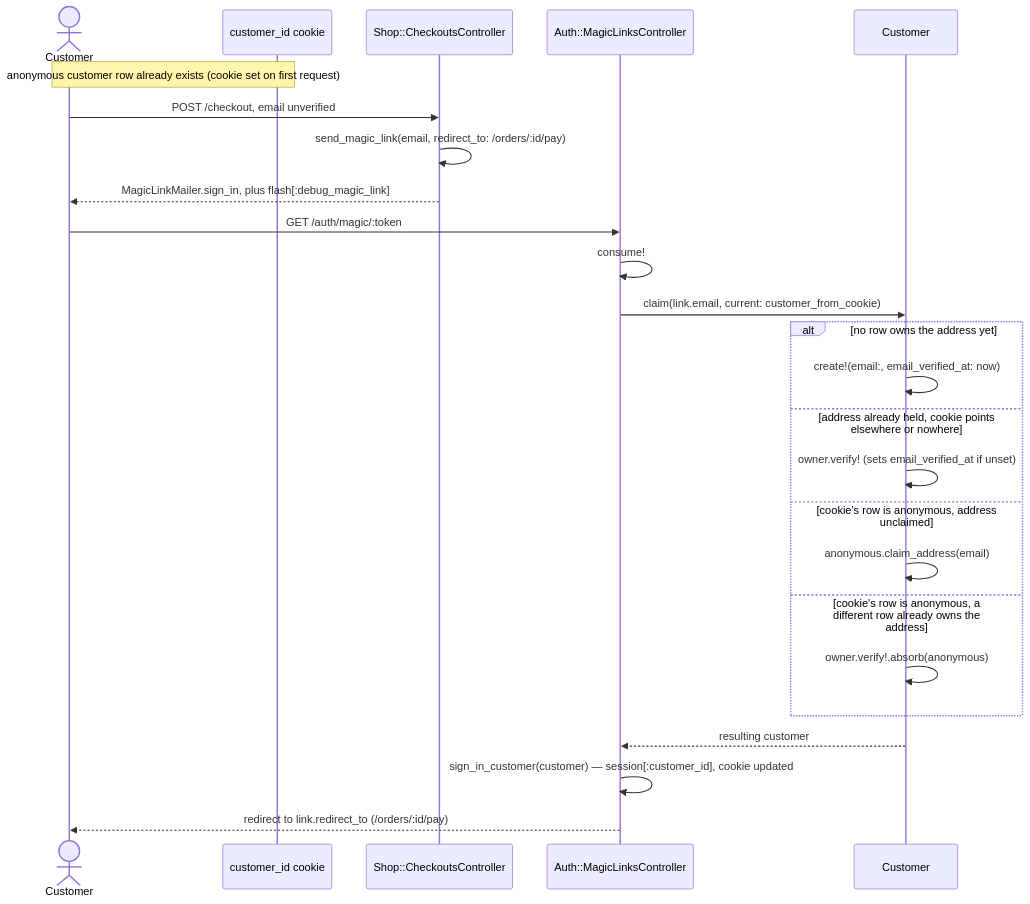
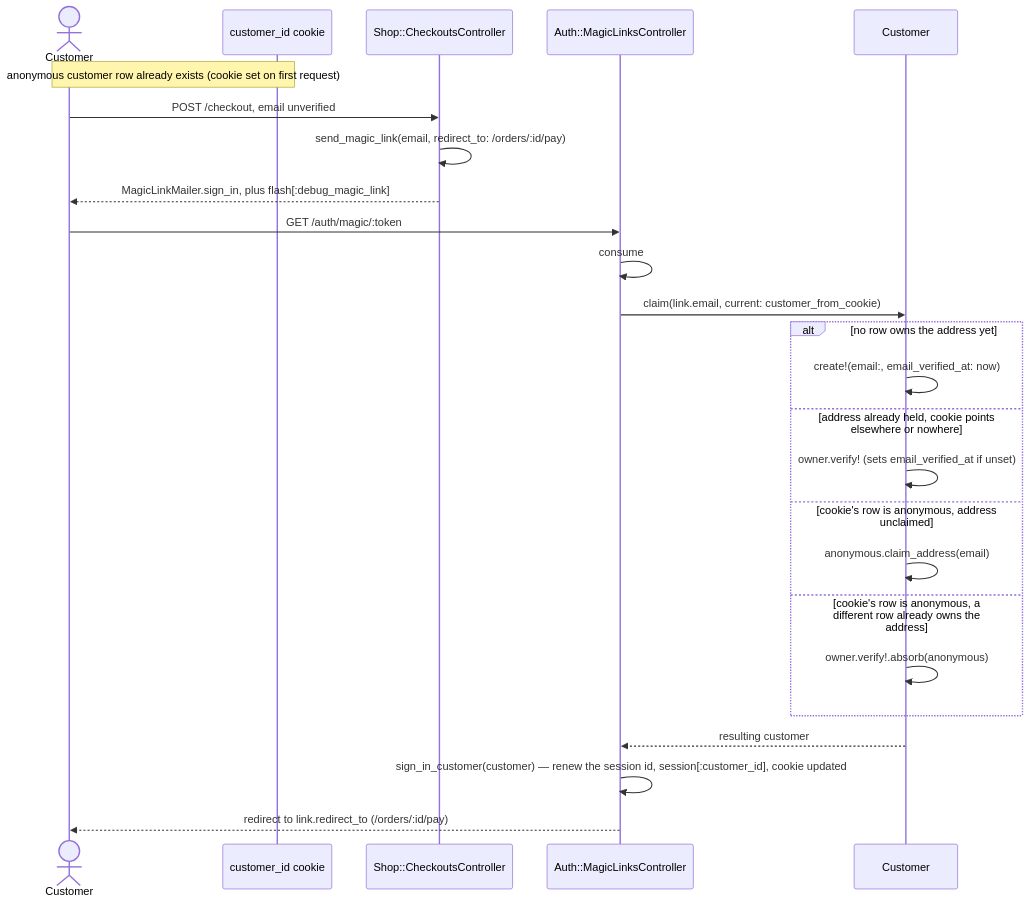
Before and after one commit to jonathan-beebe/art-store: the second of 5 diagrams in prototype/rails/docs/identity.md, drawn with Mermaid. The commit also changed other lines of this file and 318 other files, not shown here.

````diff
--- a/prototype/rails/docs/identity.md
+++ b/prototype/rails/docs/identity.md
@@ -61,29 +76,29 @@
 ```mermaid
 sequenceDiagram
     actor Customer
     participant Cookie as customer_id cookie
     participant Checkout as Shop::CheckoutsController
     participant Verify as Auth::MagicLinksController
     participant Customers as Customer
 
     Note over Customer,Cookie: anonymous customer row already exists (cookie set on first request)
     Customer->>Checkout: POST /checkout, email unverified
     Checkout->>Checkout: send_magic_link(email, redirect_to: /orders/:id/pay)
     Checkout-->>Customer: MagicLinkMailer.sign_in, plus flash[:debug_magic_link]
 
     Customer->>Verify: GET /auth/magic/:token
-    Verify->>Verify: consume!
+    Verify->>Verify: consume
     Verify->>Customers: claim(link.email, current: customer_from_cookie)
     alt no row owns the address yet
         Customers->>Customers: create!(email:, email_verified_at: now)
     else address already held, cookie points elsewhere or nowhere
         Customers->>Customers: owner.verify! (sets email_verified_at if unset)
     else cookie's row is anonymous, address unclaimed
         Customers->>Customers: anonymous.claim_address(email)
     else cookie's row is anonymous, a different row already owns the address
         Customers->>Customers: owner.verify!.absorb(anonymous)
     end
     Customers-->>Verify: resulting customer
-    Verify->>Verify: sign_in_customer(customer) — session[:customer_id], cookie updated
+    Verify->>Verify: sign_in_customer(customer) — renew the session id, session[:customer_id], cookie updated
     Verify-->>Customer: redirect to link.redirect_to (/orders/:id/pay)
 ```
````
